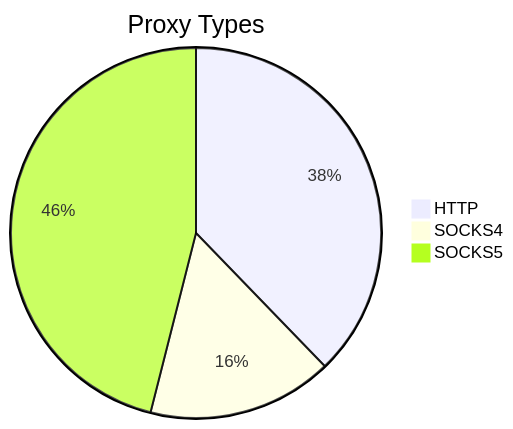
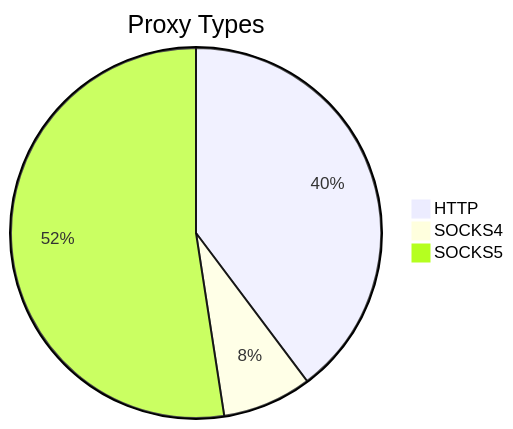
One commit to stormsia/proxy-list changed the first of 2 diagrams in README.md. Above: the diagram before and after it, drawn with Mermaid. The commit also changed other lines of this file, not shown here.

````diff
--- a/README.md
+++ b/README.md
@@ -21,6 +21,6 @@
 ```mermaid
 pie title Proxy Types
-    "HTTP" : 196
-    "SOCKS4" : 84
-    "SOCKS5" : 239
+    "HTTP" : 326
+    "SOCKS4" : 64
+    "SOCKS5" : 430
 ```
````
